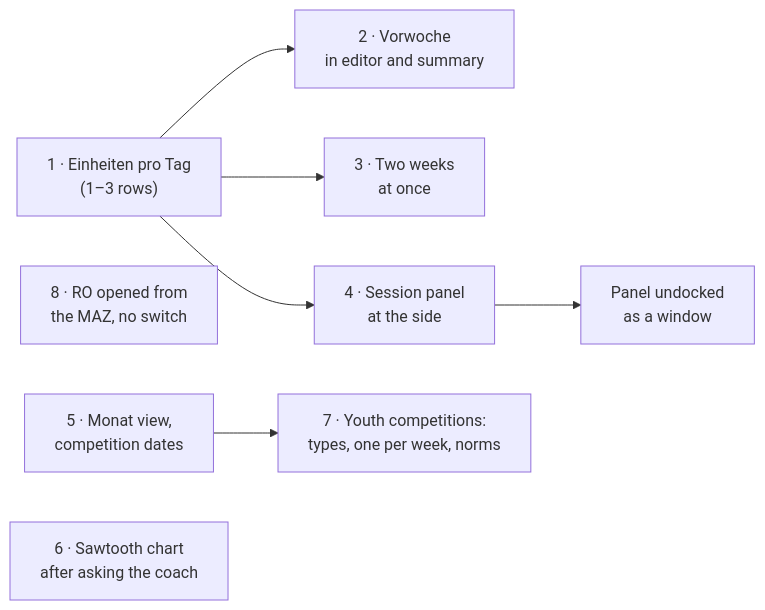
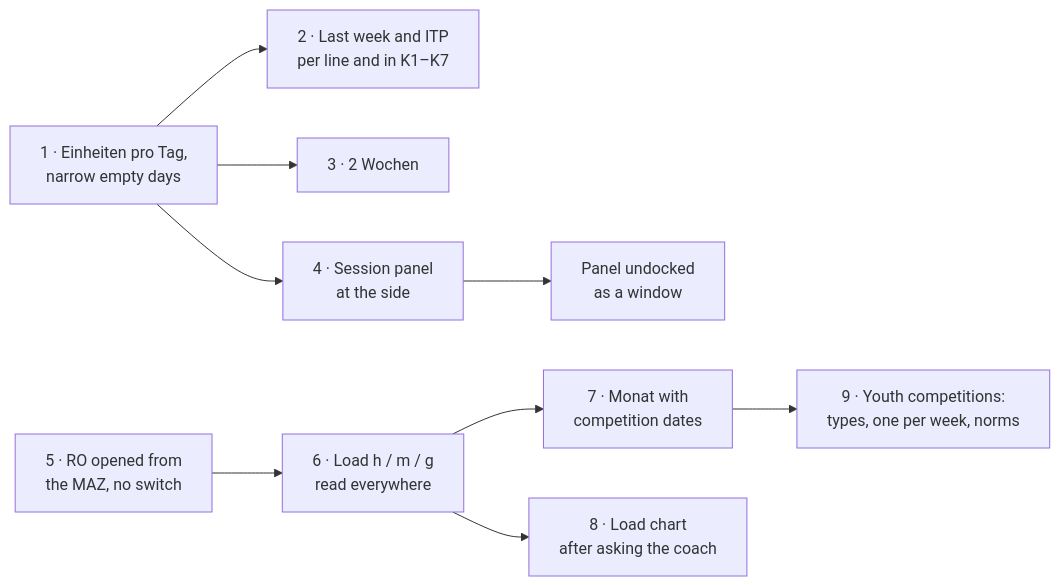
Before and after one commit to iam-peter/trainingsplaner: the diagram in docs/UX-PLAN.md, drawn with Mermaid. The commit also changed other lines of this file and 2 other files, not shown here.

First line of the commit message:
Gather everything into one UI/UX plan

````diff
--- a/docs/UX-PLAN.md
+++ b/docs/UX-PLAN.md
@@ -271,10 +424,11 @@
 ```mermaid
 flowchart LR
-    A["1 · Einheiten pro Tag<br/>(1–3 rows)"] --> B["2 · Vorwoche<br/>in editor and summary"]
-    A --> C["3 · Two weeks<br/>at once"]
-    D["4 · Session panel<br/>at the side"] --> E["Panel undocked<br/>as a window"]
-    A --> D
-    I["8 · RO opened from<br/>the MAZ, no switch"]
-    F["5 · Monat view,<br/>competition dates"] --> G["7 · Youth competitions:<br/>types, one per week, norms"]
-    H["6 · Sawtooth chart<br/>after asking the coach"]
+    A["1 · Einheiten pro Tag,<br/>narrow empty days"] --> B["2 · Last week and ITP<br/>per line and in K1–K7"]
+    A --> C["3 · 2 Wochen"]
+    A --> D["4 · Session panel<br/>at the side"]
+    D --> E["Panel undocked<br/>as a window"]
+    F["5 · RO opened from<br/>the MAZ, no switch"] --> G["6 · Load h / m / g<br/>read everywhere"]
+    G --> H["7 · Monat with<br/>competition dates"]
+    G --> I["8 · Load chart<br/>after asking the coach"]
+    H --> J["9 · Youth competitions:<br/>types, one per week, norms"]
 ```
````
